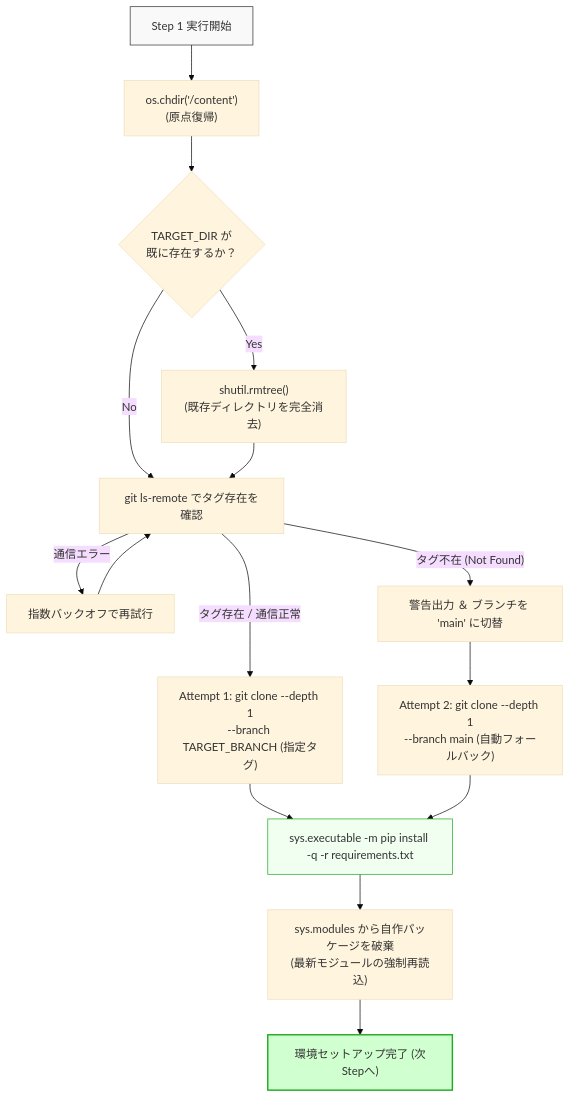
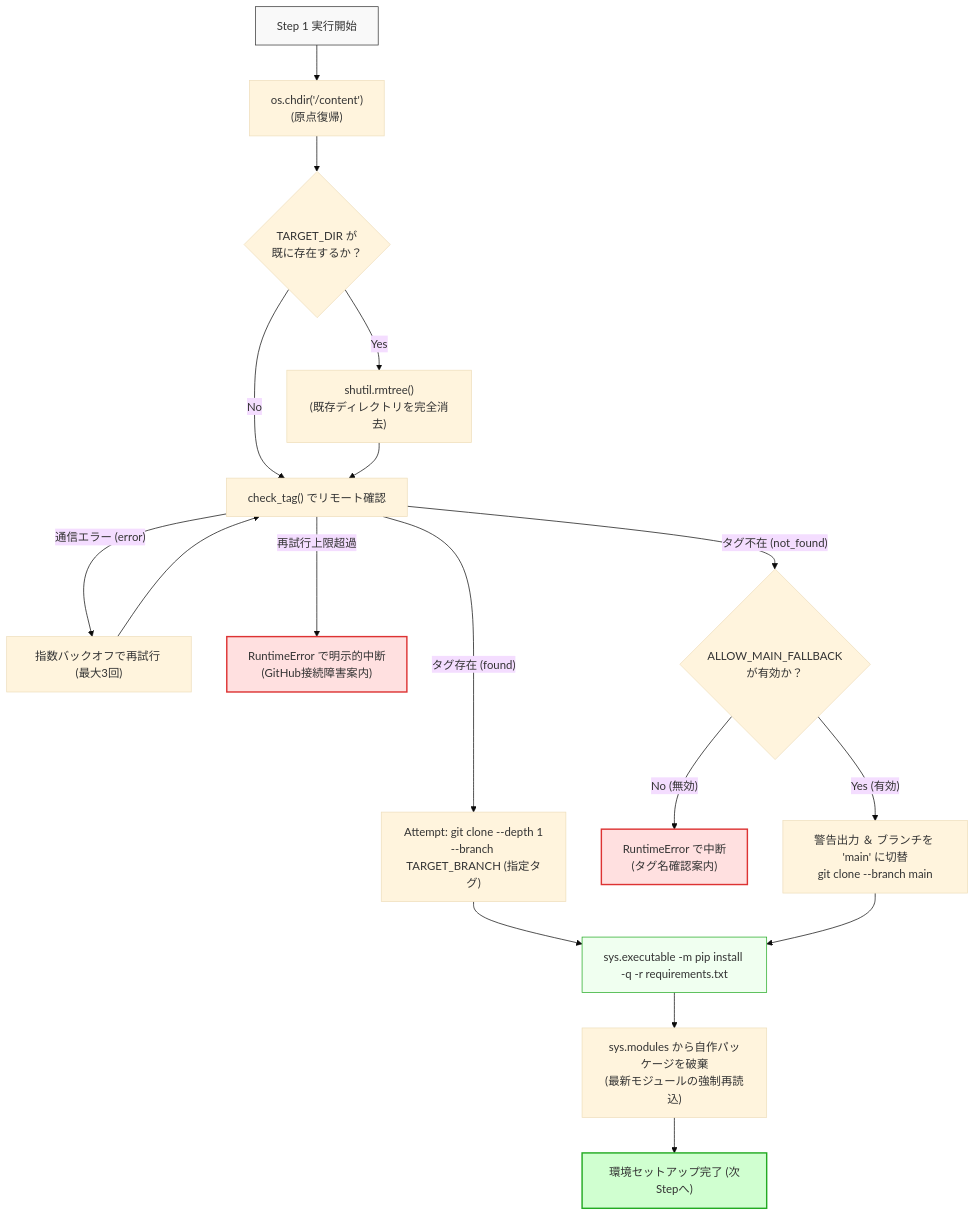
The diagram in docs/articles/qiita_part7_colab_git_bootstrap_architecture.md (akkyey/stock-analyzer-core), drawn with Mermaid (base theme) before and after one commit. The commit also changed other lines of this file and 1 other file, not shown here.

Commit message:
docs(qiita): Part 7 check_tag 3状態判定とフォールバック制御、および前後編ステップ番号の整合

````diff
--- a/docs/articles/qiita_part7_colab_git_bootstrap_architecture.md
+++ b/docs/articles/qiita_part7_colab_git_bootstrap_architecture.md
@@ -107,24 +107,29 @@
 ```mermaid
 flowchart TD
     Start["Step 1 実行開始"] --> CD["os.chdir('/content')<br/>(原点復帰)"]
     CD --> CheckDir{"TARGET_DIR が<br/>既に存在するか？"}
     CheckDir -- "Yes" --> Clean["shutil.rmtree()<br/>(既存ディレクトリを完全消去)"]
     CheckDir -- "No" --> Verify
-    Clean --> Verify["git ls-remote でタグ存在を確認"]
+    Clean --> Verify["check_tag() でリモート確認"]
 
-    Verify -- "タグ存在 / 通信正常" --> Clone1["Attempt 1: git clone --depth 1<br/>--branch TARGET_BRANCH (指定タグ)"]
-    Verify -- "通信エラー" --> Retry["指数バックオフで再試行"]
+    Verify -- "通信エラー (error)" --> Retry["指数バックオフで再試行 (最大3回)"]
     Retry --> Verify
-    Verify -- "タグ不在 (Not Found)" --> Fallback["警告出力 ＆ ブランチを 'main' に切替"]
-    Fallback --> Clone2["Attempt 2: git clone --depth 1<br/>--branch main (自動フォールバック)"]
+    Verify -- "再試行上限超過" --> ErrorExit["RuntimeError で明示的中断<br/>(GitHub接続障害案内)"]
 
-    Clone1 --> Pip["sys.executable -m pip install -q -r requirements.txt"]
-    Clone2 --> Pip
+    Verify -- "タグ存在 (found)" --> CloneTag["Attempt: git clone --depth 1<br/>--branch TARGET_BRANCH (指定タグ)"]
+    Verify -- "タグ不在 (not_found)" --> CheckAllow{"ALLOW_MAIN_FALLBACK<br/>が有効か？"}
+    CheckAllow -- "No (無効)" --> TagExit["RuntimeError で中断<br/>(タグ名確認案内)"]
+    CheckAllow -- "Yes (有効)" --> CloneMain["警告出力 ＆ ブランチを 'main' に切替<br/>git clone --branch main"]
+
+    CloneTag --> Pip["sys.executable -m pip install -q -r requirements.txt"]
+    CloneMain --> Pip
 
     Pip --> Reload["sys.modules から自作パッケージを破棄<br/>(最新モジュールの強制再読込)"]
     Reload --> Ready["環境セットアップ完了 (次Stepへ)"]
 
     style Start fill:#f9f9f9,stroke:#333,stroke-width:1px,color:#333
     style Pip fill:#f0fff0,stroke:#2a2,stroke-width:1px,color:#333
     style Ready fill:#d0ffd0,stroke:#2a2,stroke-width:2px,color:#333
+    style ErrorExit fill:#ffe0e0,stroke:#d33,stroke-width:2px,color:#333
+    style TagExit fill:#ffe0e0,stroke:#d33,stroke-width:2px,color:#333
 ```
````
